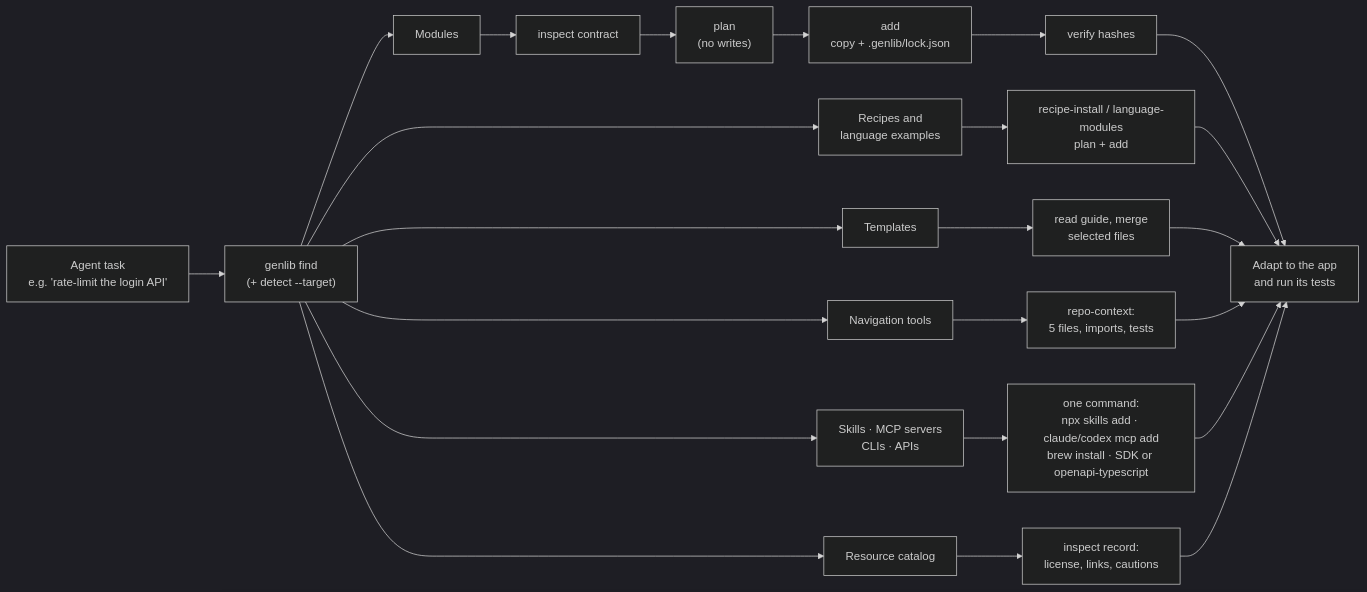
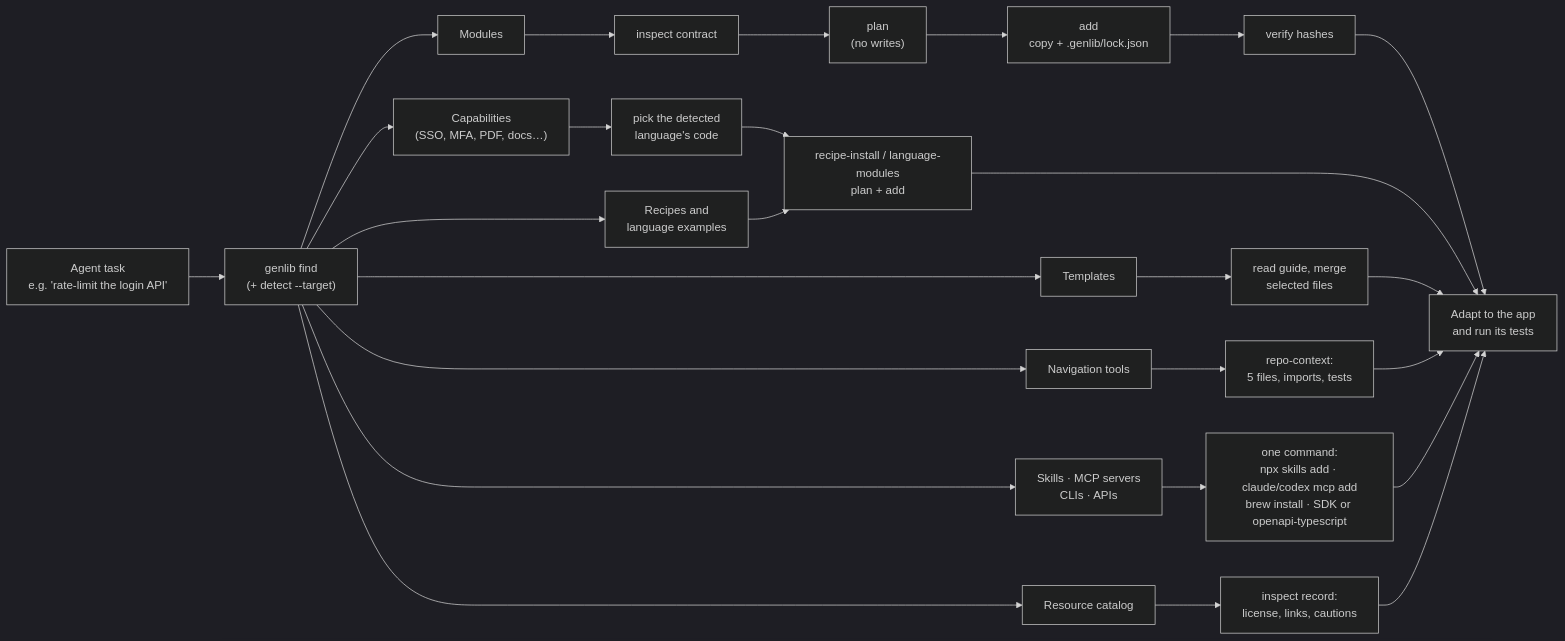
One commit to athompson83/genlib changed the diagram in README.md. Above: the diagram before and after it, drawn with Mermaid (dark theme). The commit also changed other lines of this file and 74 other files, not shown here.

````diff
--- a/README.md
+++ b/README.md
@@ -49,16 +51,18 @@
 ```mermaid
 flowchart LR
   Task["Agent task<br/>e.g. 'rate-limit the login API'"] --> Find["genlib find<br/>(+ detect --target)"]
+  Find --> C["Capabilities<br/>(SSO, MFA, PDF, docs…)"]
   Find --> M["Modules"]
   Find --> R["Recipes and<br/>language examples"]
   Find --> T["Templates"]
   Find --> N["Navigation tools"]
   Find --> S["Skills · MCP servers<br/>CLIs · APIs"]
   Find --> X["Resource catalog"]
   M --> Inspect["inspect contract"] --> Plan["plan<br/>(no writes)"] --> Add["add<br/>copy + .genlib/lock.json"] --> Verify["verify hashes"] --> App["Adapt to the app<br/>and run its tests"]
+  C --> Lang["pick the detected<br/>language's code"] --> Copy
   R --> Copy["recipe-install / language-modules<br/>plan + add"] --> App
   T --> Merge["read guide, merge<br/>selected files"] --> App
   N --> Context["repo-context:<br/>5 files, imports, tests"] --> App
   S --> SkillAdd["one command:<br/>npx skills add · claude/codex mcp add<br/>brew install · SDK or openapi-typescript"] --> App
   X --> Adopt["inspect record:<br/>license, links, cautions"] --> App
 ```
````
